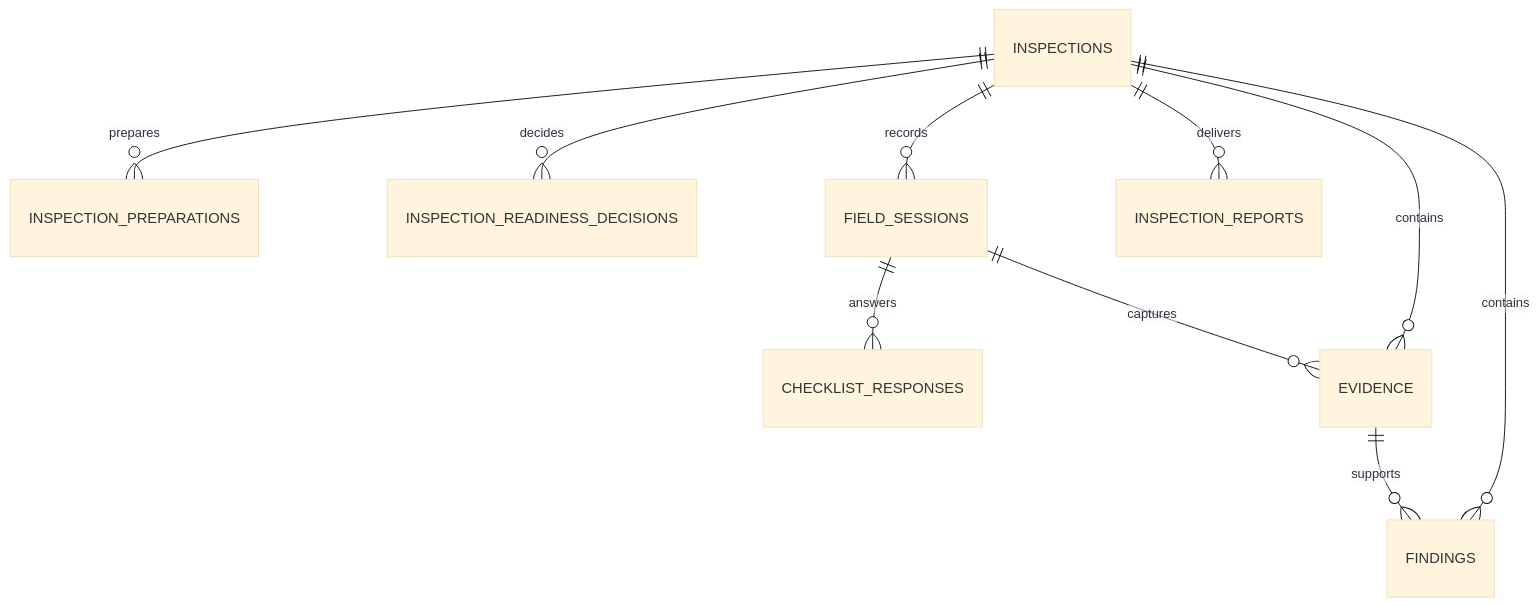
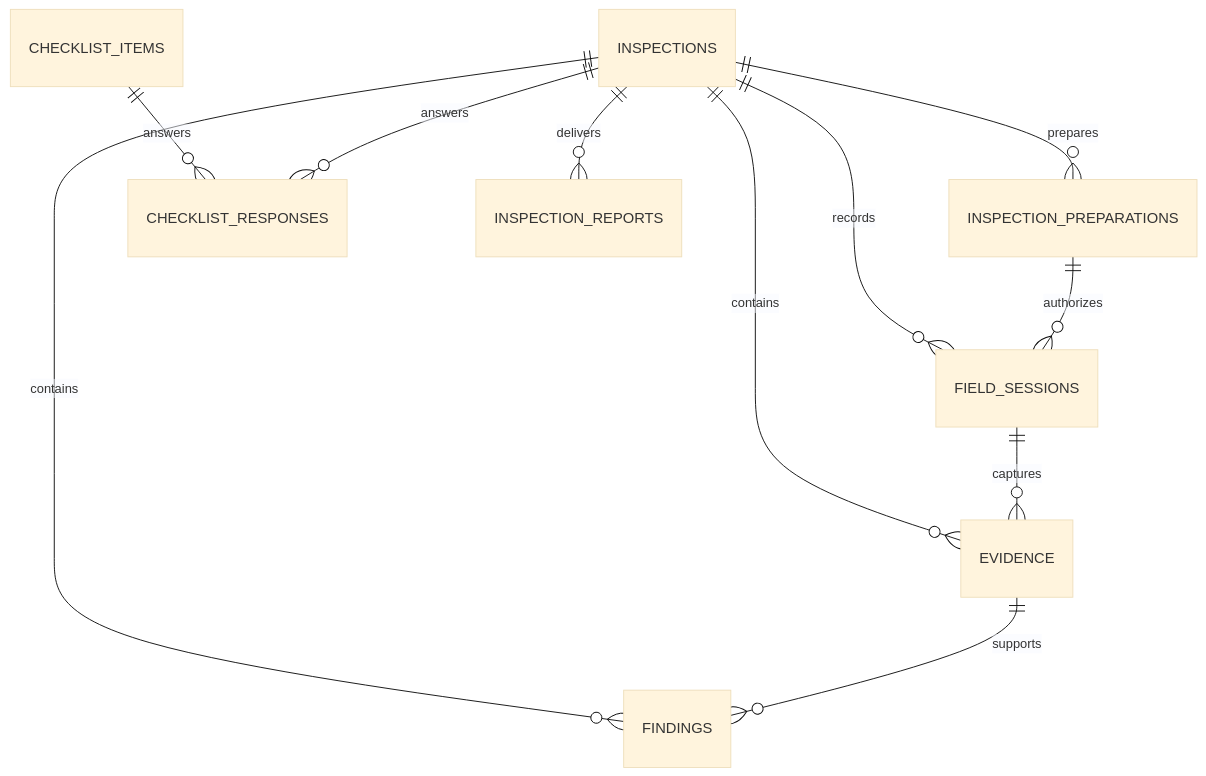
One commit to tungbach12/SmartDroneInspection-Docs changed the second of 3 diagrams in project-reference/database-design.md. Above: the diagram before and after it, drawn with Mermaid (base theme). The commit also changed other lines of this file and 22 other files, not shown here.

First line of the commit message:
docs(platform): document role restructure, B2B drone leasing, and 3NF MF2 schema consolidation (#67)

````diff
--- a/project-reference/database-design.md
+++ b/project-reference/database-design.md
@@ -132,12 +136,13 @@
 ```mermaid
 erDiagram
     INSPECTIONS ||--o{ INSPECTION_PREPARATIONS : prepares
-    INSPECTIONS ||--o{ INSPECTION_READINESS_DECISIONS : decides
+    INSPECTION_PREPARATIONS ||--o{ FIELD_SESSIONS : authorizes
     INSPECTIONS ||--o{ FIELD_SESSIONS : records
-    FIELD_SESSIONS ||--o{ CHECKLIST_RESPONSES : answers
+    INSPECTIONS ||--o{ CHECKLIST_RESPONSES : answers
+    CHECKLIST_ITEMS ||--o{ CHECKLIST_RESPONSES : answers
     FIELD_SESSIONS ||--o{ EVIDENCE : captures
     INSPECTIONS ||--o{ EVIDENCE : contains
     EVIDENCE ||--o{ FINDINGS : supports
     INSPECTIONS ||--o{ FINDINGS : contains
     INSPECTIONS ||--o{ INSPECTION_REPORTS : delivers
 ```
````
